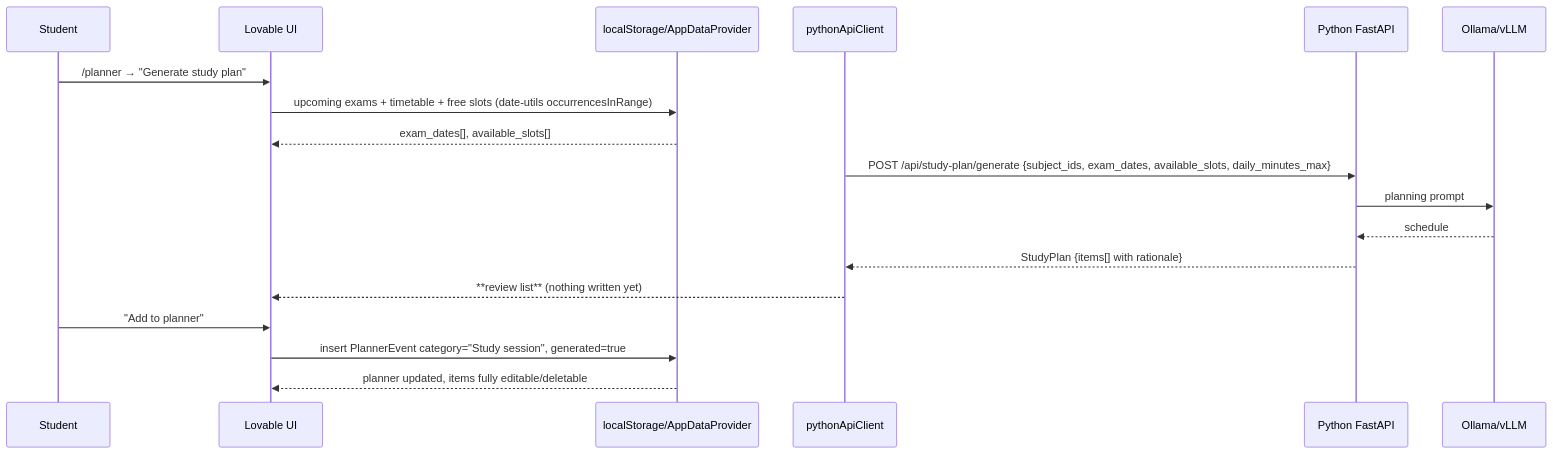
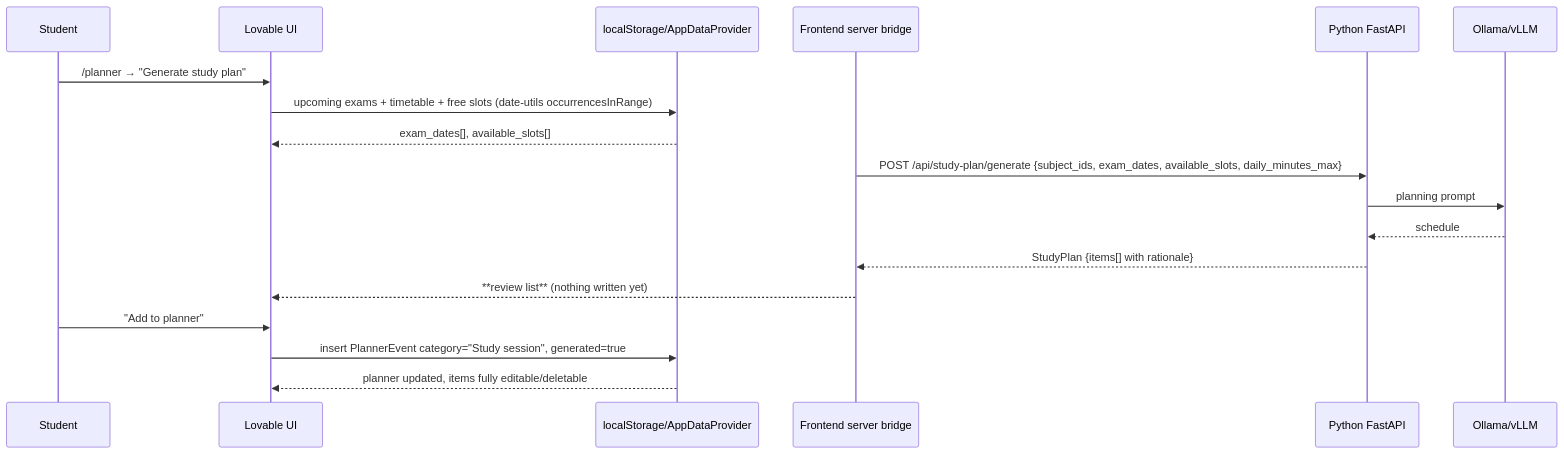
The tenth of 14 diagrams in docs/USER_FLOWS.md (keyshavmor/study-swiss-star), drawn with Mermaid before and after one commit. The commit also changed other lines of this file and 75 other files, not shown here.

````diff
--- a/docs/USER_FLOWS.md
+++ b/docs/USER_FLOWS.md
@@ -218,20 +218,20 @@
 ```mermaid
 sequenceDiagram
     participant Student
     participant UI as Lovable UI
     participant LS as localStorage/AppDataProvider
-    participant SF as pythonApiClient
+    participant SF as Frontend server bridge
     participant PY as Python FastAPI
     participant LLM as Ollama/vLLM
     Student->>UI: /planner → "Generate study plan"
     UI->>LS: upcoming exams + timetable + free slots (date-utils occurrencesInRange)
     LS-->>UI: exam_dates[], available_slots[]
     SF->>PY: POST /api/study-plan/generate {subject_ids, exam_dates, available_slots, daily_minutes_max}
     PY->>LLM: planning prompt
     LLM-->>PY: schedule
     PY-->>SF: StudyPlan {items[] with rationale}
     SF-->>UI: **review list** (nothing written yet)
     Student->>UI: "Add to planner"
     UI->>LS: insert PlannerEvent category="Study session", generated=true
     LS-->>UI: planner updated, items fully editable/deletable
 ```
````
